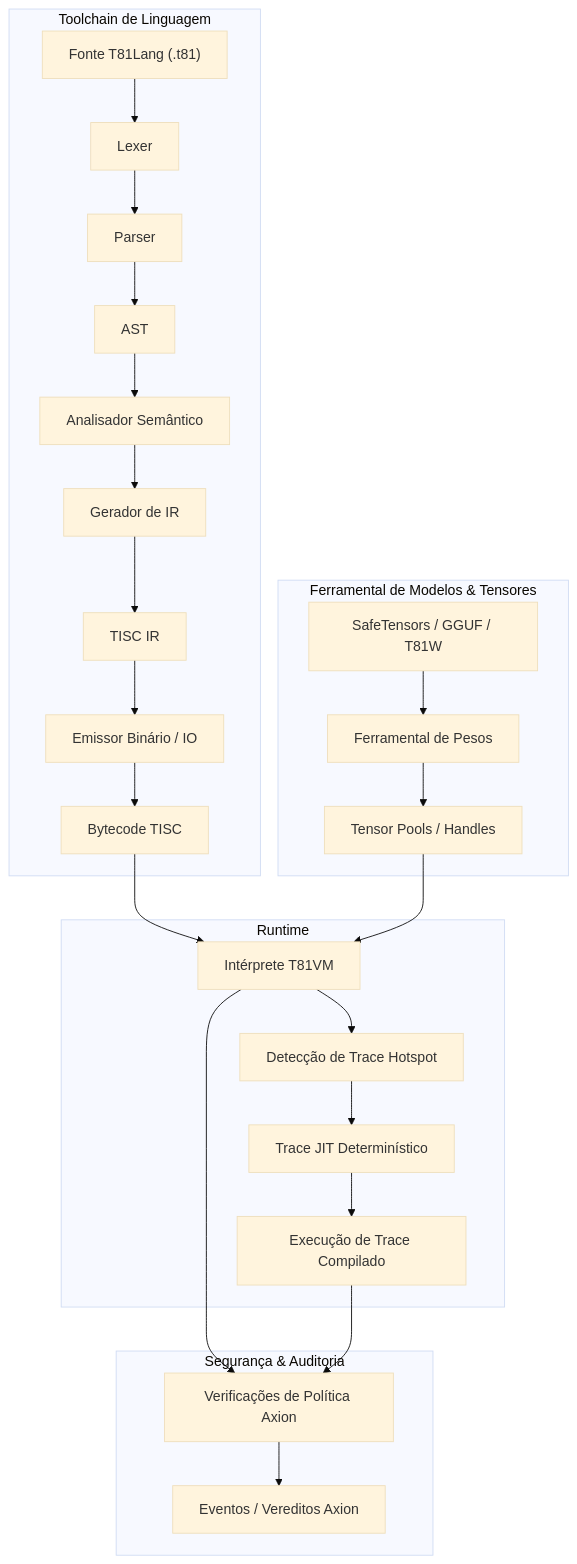
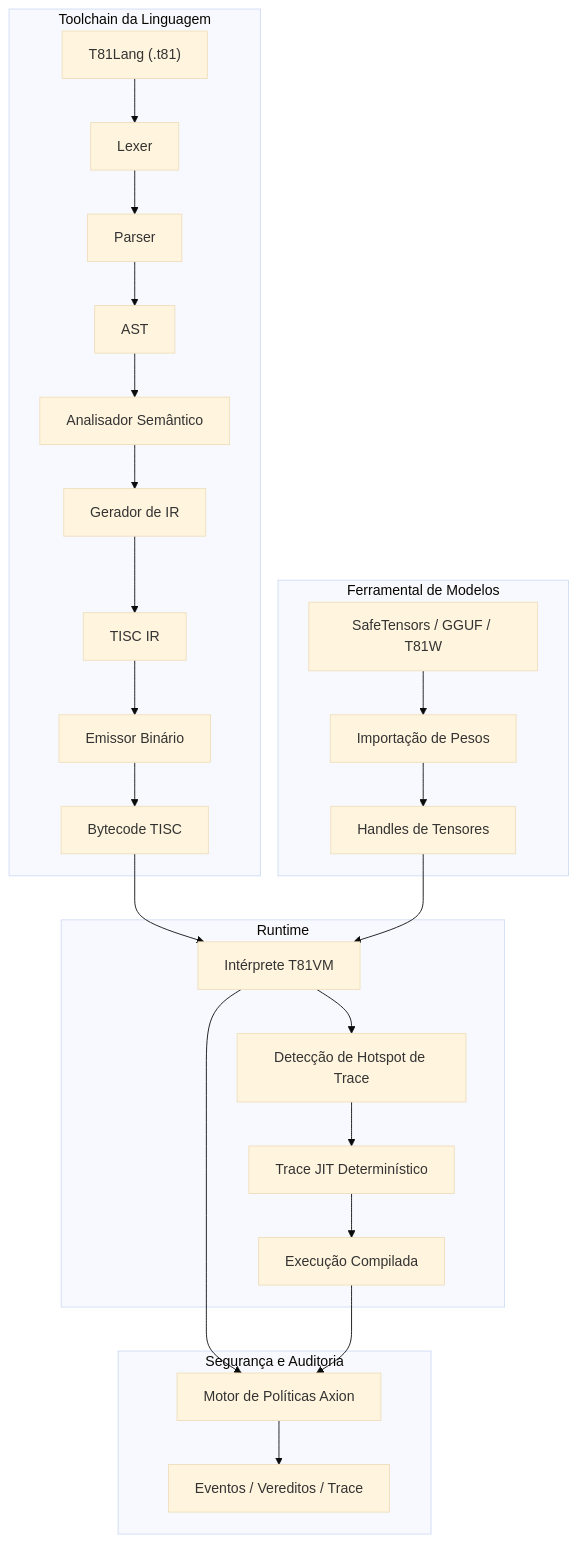
The diagram in README.pt-BR.md (ryansctt1994-sudo/t81-foundation), drawn with Mermaid (base theme) before and after one commit. The commit also changed other lines of this file, not shown here.

````diff
--- a/README.pt-BR.md
+++ b/README.pt-BR.md
@@ -105,30 +99,30 @@
 ```mermaid
 graph TD
-    subgraph "Toolchain de Linguagem"
-        A["Fonte T81Lang (.t81)"] --> B[Lexer]
+    subgraph "Toolchain da Linguagem"
+        A["T81Lang (.t81)"] --> B[Lexer]
         B --> C[Parser]
         C --> D[AST]
         D --> E["Analisador Semântico"]
         E --> F["Gerador de IR"]
         F --> G["TISC IR"]
-        G --> H["Emissor Binário / IO"]
+        G --> H["Emissor Binário"]
         H --> I["Bytecode TISC"]
     end
     subgraph "Runtime"
         I --> J["Intérprete T81VM"]
-        J --> K["Detecção de Trace Hotspot"]
+        J --> K["Detecção de Hotspot de Trace"]
         K --> L["Trace JIT Determinístico"]
-        L --> M["Execução de Trace Compilado"]
+        L --> M["Execução Compilada"]
     end
-    subgraph "Segurança & Auditoria"
-        J --> N["Verificações de Política Axion"]
+    subgraph "Segurança e Auditoria"
+        J --> N["Motor de Políticas Axion"]
         M --> N
-        N --> O["Eventos / Vereditos Axion"]
+        N --> O["Eventos / Vereditos / Trace"]
     end
-    subgraph "Ferramental de Modelos & Tensores"
-        P["SafeTensors / GGUF / T81W"] --> Q["Ferramental de Pesos"]
-        Q --> R["Tensor Pools / Handles"]
+    subgraph "Ferramental de Modelos"
+        P["SafeTensors / GGUF / T81W"] --> Q["Importação de Pesos"]
+        Q --> R["Handles de Tensores"]
         R --> J
     end
 
 ```
````
